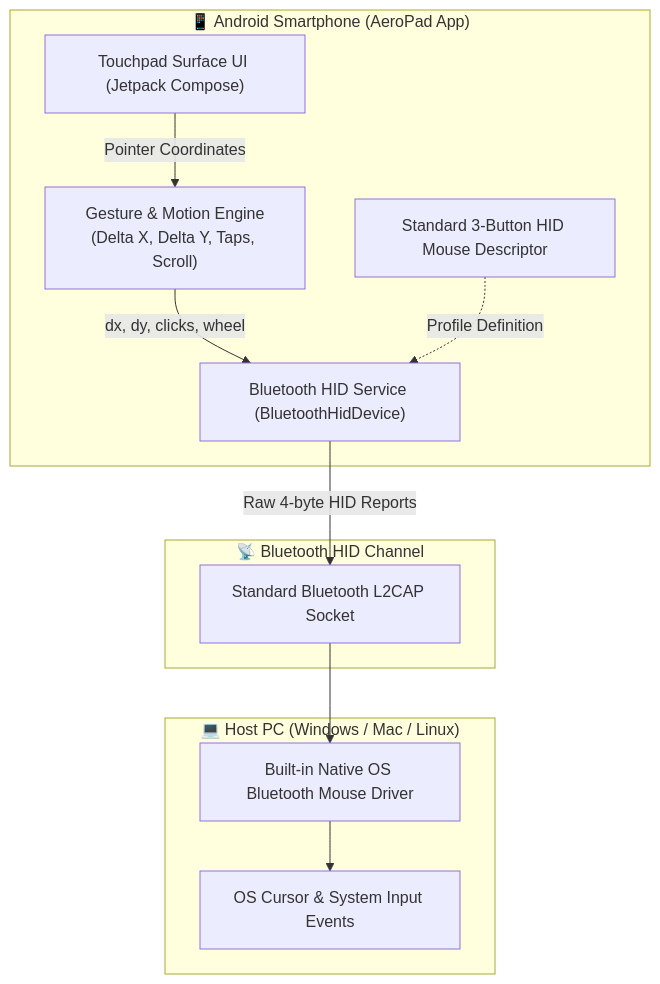
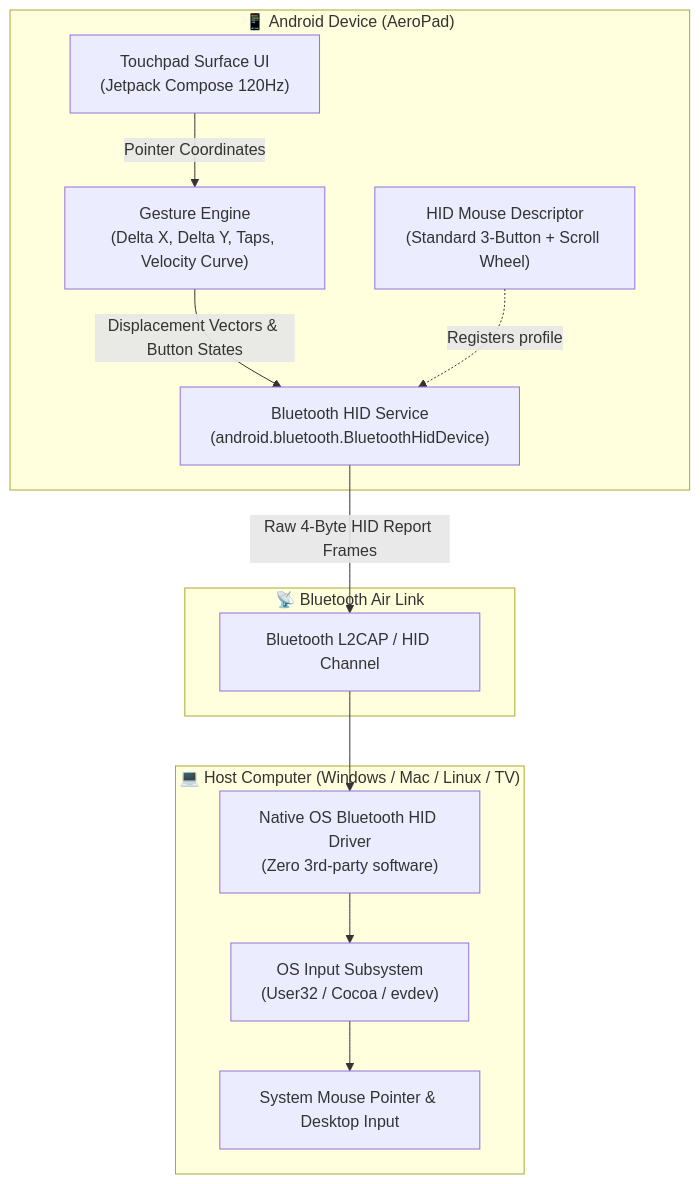
The first of 2 diagrams in README.md (abhi963007/Aeropad), drawn with Mermaid before and after one commit. The commit also changed other lines of this file and 2 other files, not shown here.

Commit message:
docs: complete world-class README with banner, architecture diagrams, HID specs, and add CONTRIBUTING guide

````diff
--- a/README.md
+++ b/README.md
@@ -24,25 +69,27 @@
 ```mermaid
 flowchart TD
-    subgraph Phone ["📱 Android Smartphone (AeroPad App)"]
-        UI["Touchpad Surface UI (Jetpack Compose)"]
-        GE["Gesture & Motion Engine\n(Delta X, Delta Y, Taps, Scroll)"]
-        HID["Bluetooth HID Service (BluetoothHidDevice)"]
-        Desc["Standard 3-Button HID Mouse Descriptor"]
-        
+    subgraph MobileApp ["📱 Android Device (AeroPad)"]
+        UI["Touchpad Surface UI\n(Jetpack Compose 120Hz)"]
+        GE["Gesture Engine\n(Delta X, Delta Y, Taps, Velocity Curve)"]
+        HID_Service["Bluetooth HID Service\n(android.bluetooth.BluetoothHidDevice)"]
+        Descriptor["HID Mouse Descriptor\n(Standard 3-Button + Scroll Wheel)"]
+
         UI -->|Pointer Coordinates| GE
-        GE -->|dx, dy, clicks, wheel| HID
-        Desc -.->|Profile Definition| HID
+        GE -->|Displacement Vectors & Button States| HID_Service
+        Descriptor -.->|Registers profile| HID_Service
     end
 
-    subgraph BluetoothAir ["📡 Bluetooth HID Channel"]
-        HID -->|Raw 4-byte HID Reports| BT["Standard Bluetooth L2CAP Socket"]
+    subgraph RadioLayer ["📡 Bluetooth Air Link"]
+        HID_Service -->|Raw 4-Byte HID Report Frames| L2CAP["Bluetooth L2CAP / HID Channel"]
     end
 
-    subgraph HostPC ["💻 Host PC (Windows / Mac / Linux)"]
-        OS_Driver["Built-in Native OS Bluetooth Mouse Driver"]
-        Cursor["OS Cursor & System Input Events"]
-        
-        BT --> OS_Driver
-        OS_Driver --> Cursor
+    subgraph HostSystem ["💻 Host Computer (Windows / Mac / Linux / TV)"]
+        OS_Driver["Native OS Bluetooth HID Driver\n(Zero 3rd-party software)"]
+        OS_Kernel["OS Input Subsystem\n(User32 / Cocoa / evdev)"]
+        Cursor["System Mouse Pointer & Desktop Input"]
+
+        L2CAP --> OS_Driver
+        OS_Driver --> OS_Kernel
+        OS_Kernel --> Cursor
     end
 ```
````
